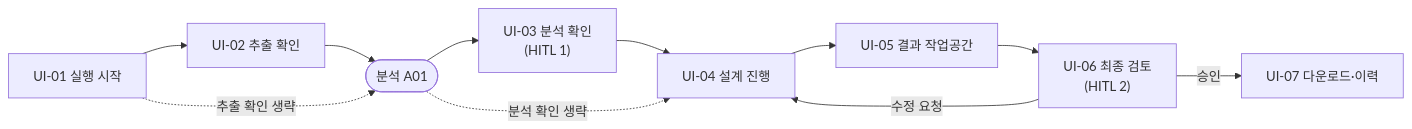
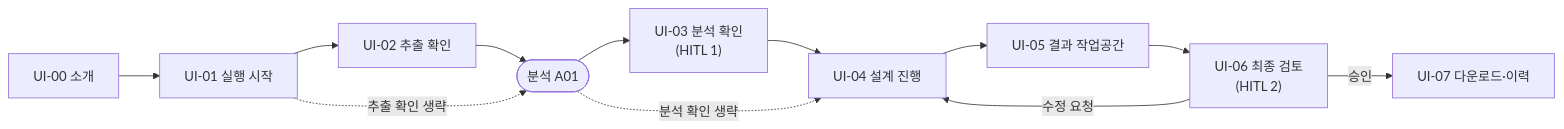
The diagram in docs/09-ui-flow.md (surplus96/specton), drawn with Mermaid before and after one commit. The commit also changed other lines of this file and 60 other files, not shown here.

First line of the commit message:
feat: add the web flow screens from upload to download (#193)

````diff
--- a/docs/09-ui-flow.md
+++ b/docs/09-ui-flow.md
@@ -7,10 +7,11 @@
 ```mermaid
 flowchart LR
+    U0["UI-00 소개"] --> U1
     U1["UI-01 실행 시작"] --> U2["UI-02 추출 확인"] --> A(["분석 A01"])
     U1 -.->|추출 확인 생략| A
     A --> U3["UI-03 분석 확인<br/>(HITL 1)"] --> U4["UI-04 설계 진행"]
     A -.->|분석 확인 생략| U4
     U4 --> U5["UI-05 결과 작업공간"] --> U6["UI-06 최종 검토<br/>(HITL 2)"]
     U6 -->|수정 요청| U4
     U6 -->|승인| U7["UI-07 다운로드·이력"]
 ```
````
